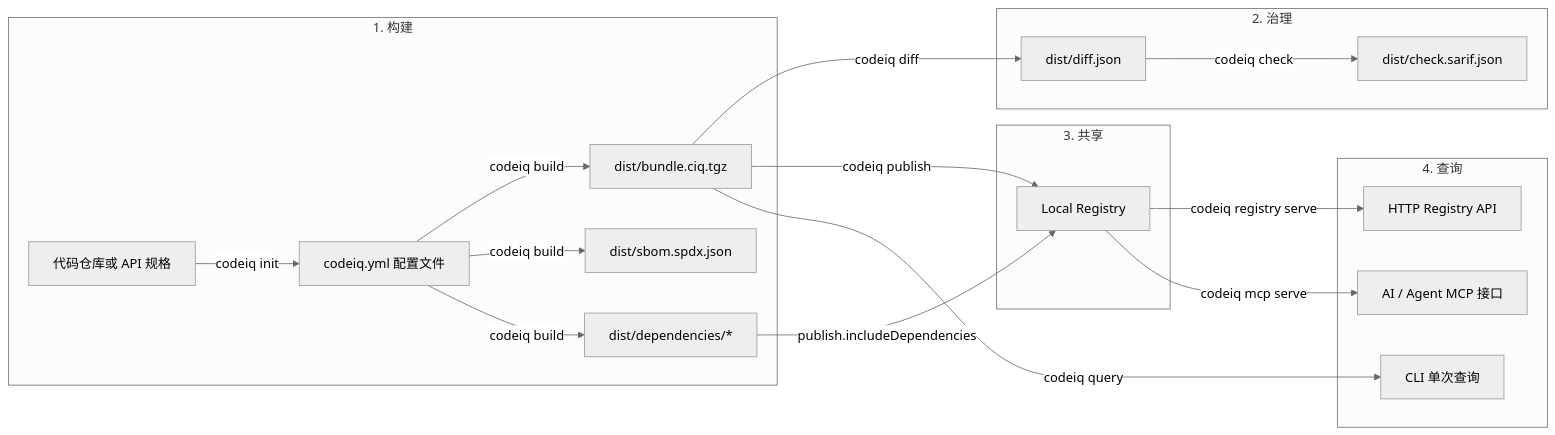
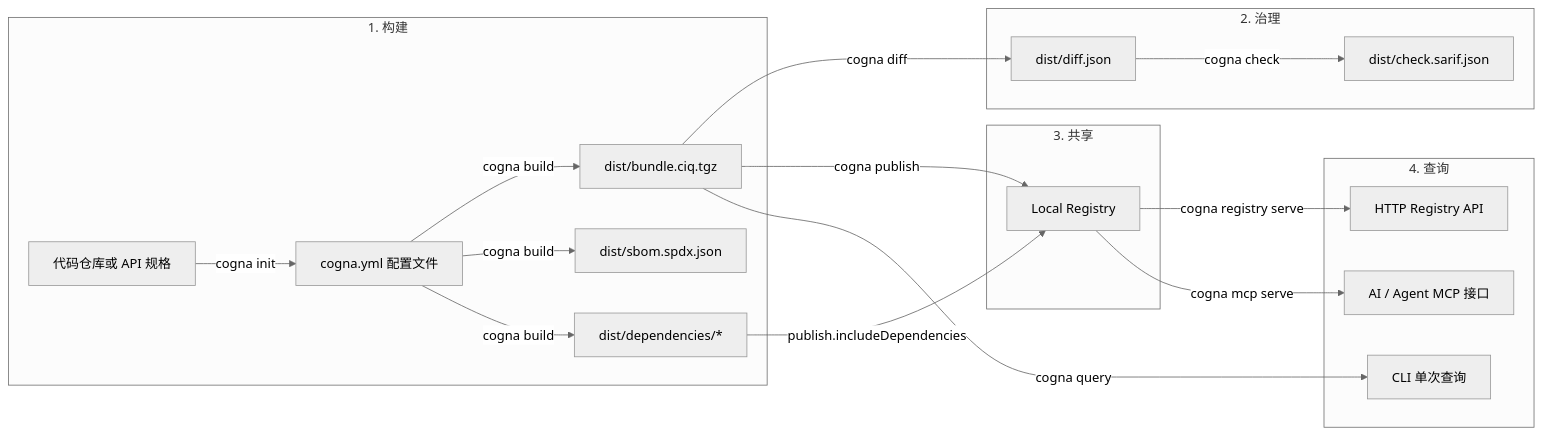
One commit to cogna-dev/cogna changed the diagram in docs/src/content/docs/runtime-model.mdx. Above: the diagram before and after it, drawn with Mermaid (neutral theme). The commit also changed other lines of this file and 172 other files, not shown here.

````diff
--- a/docs/src/content/docs/runtime-model.mdx
+++ b/docs/src/content/docs/runtime-model.mdx
@@ -15,25 +15,25 @@
 ```mermaid
 flowchart LR
     subgraph BUILD["1. 构建"]
-        A["代码仓库或 API 规格"] -->|"codeiq init"| B["codeiq.yml 配置文件"]
-        B -->|"codeiq build"| C["dist/bundle.ciq.tgz"]
-        B -->|"codeiq build"| C2["dist/sbom.spdx.json"]
-        B -->|"codeiq build"| C3["dist/dependencies/*"]
+        A["代码仓库或 API 规格"] -->|"cogna init"| B["cogna.yml 配置文件"]
+        B -->|"cogna build"| C["dist/bundle.ciq.tgz"]
+        B -->|"cogna build"| C2["dist/sbom.spdx.json"]
+        B -->|"cogna build"| C3["dist/dependencies/*"]
     end
 
     subgraph GOVERN["2. 治理"]
-        C -->|"codeiq diff"| D["dist/diff.json"]
-        D -->|"codeiq check"| E["dist/check.sarif.json"]
+        C -->|"cogna diff"| D["dist/diff.json"]
+        D -->|"cogna check"| E["dist/check.sarif.json"]
     end
 
     subgraph SHARE["3. 共享"]
-        C -->|"codeiq publish"| F["Local Registry"]
+        C -->|"cogna publish"| F["Local Registry"]
         C3 -->|"publish.includeDependencies"| F
     end
 
     subgraph QUERY["4. 查询"]
-        F -->|"codeiq registry serve"| G["HTTP Registry API"]
-        C -->|"codeiq query"| H["CLI 单次查询"]
-        F -->|"codeiq mcp serve"| I["AI / Agent MCP 接口"]
+        F -->|"cogna registry serve"| G["HTTP Registry API"]
+        C -->|"cogna query"| H["CLI 单次查询"]
+        F -->|"cogna mcp serve"| I["AI / Agent MCP 接口"]
     end
 ```
````
